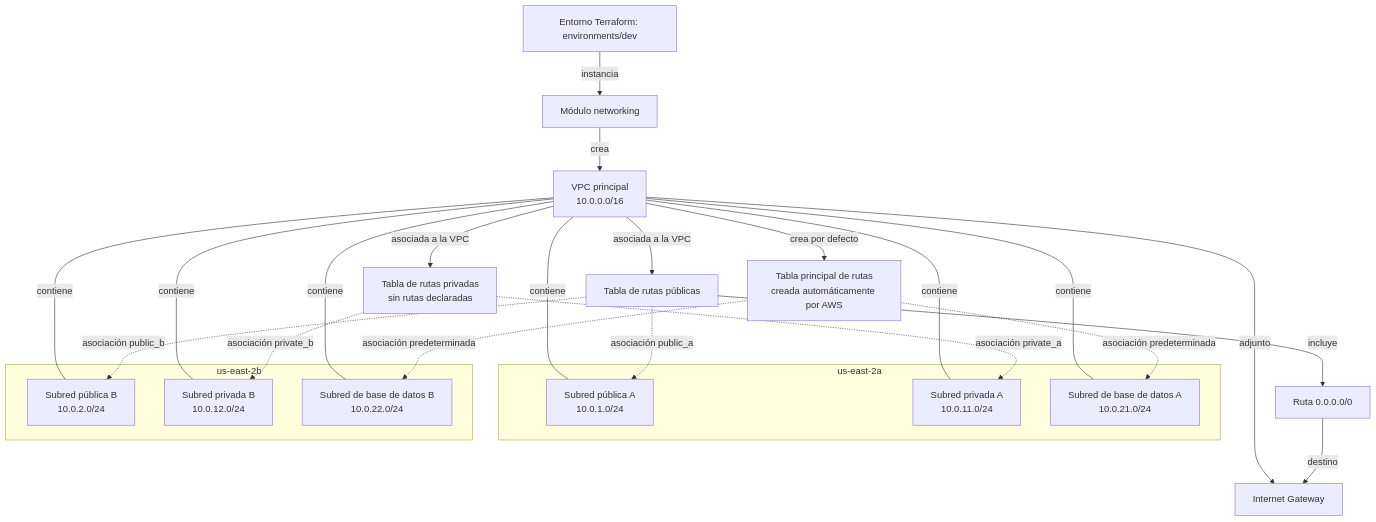
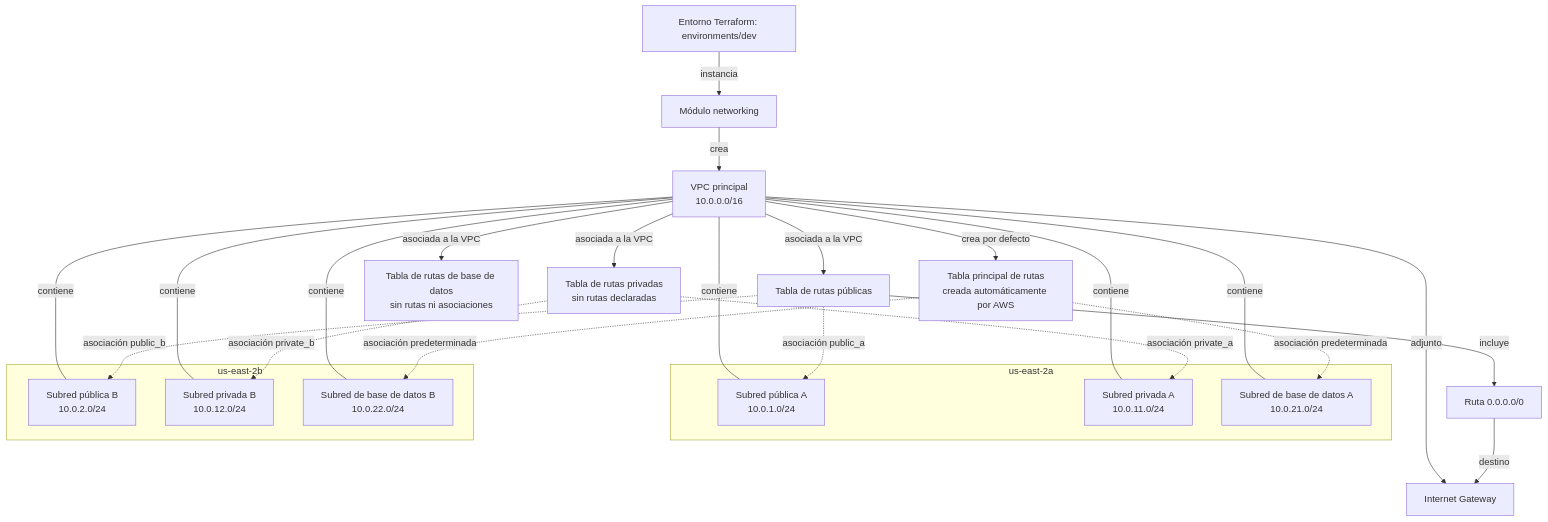
The second of 2 diagrams in doc/README.md (STRADIVARIUS590/AWS-Infrastructure-Platform), drawn with Mermaid before and after one commit. The commit also changed other lines of this file and 2 other files, not shown here.

Commit message:
feat(networking): create database route table

````diff
--- a/doc/README.md
+++ b/doc/README.md
@@ -51,44 +51,46 @@
 ```mermaid
 flowchart TB
     Dev["Entorno Terraform: environments/dev"]
     Module["Módulo networking"]
     VPC["VPC principal<br/>10.0.0.0/16"]
     IGW["Internet Gateway"]
     MainRT["Tabla principal de rutas<br/>creada automáticamente por AWS"]
     PublicRT["Tabla de rutas públicas"]
     PrivateRT["Tabla de rutas privadas<br/>sin rutas declaradas"]
+    DatabaseRT["Tabla de rutas de base de datos<br/>sin rutas ni asociaciones"]
     DefaultRoute["Ruta 0.0.0.0/0"]
 
     subgraph AZA["us-east-2a"]
         PubA["Subred pública A<br/>10.0.1.0/24"]
         PrivA["Subred privada A<br/>10.0.11.0/24"]
         DBA["Subred de base de datos A<br/>10.0.21.0/24"]
     end
 
     subgraph AZB["us-east-2b"]
         PubB["Subred pública B<br/>10.0.2.0/24"]
         PrivB["Subred privada B<br/>10.0.12.0/24"]
         DBB["Subred de base de datos B<br/>10.0.22.0/24"]
     end
 
     Dev -->|"instancia"| Module
     Module -->|"crea"| VPC
     VPC ---|"contiene"| PubA
     VPC ---|"contiene"| PubB
     VPC ---|"contiene"| PrivA
     VPC ---|"contiene"| PrivB
     VPC ---|"contiene"| DBA
     VPC ---|"contiene"| DBB
     VPC -->|"adjunto"| IGW
     VPC -->|"crea por defecto"| MainRT
     VPC -->|"asociada a la VPC"| PublicRT
     VPC -->|"asociada a la VPC"| PrivateRT
+    VPC -->|"asociada a la VPC"| DatabaseRT
     MainRT -.->|"asociación predeterminada"| DBA
     MainRT -.->|"asociación predeterminada"| DBB
     PublicRT -->|"incluye"| DefaultRoute
     DefaultRoute -->|"destino"| IGW
     PublicRT -.->|"asociación public_a"| PubA
     PublicRT -.->|"asociación public_b"| PubB
     PrivateRT -.->|"asociación private_a"| PrivA
     PrivateRT -.->|"asociación private_b"| PrivB
 ```
````
